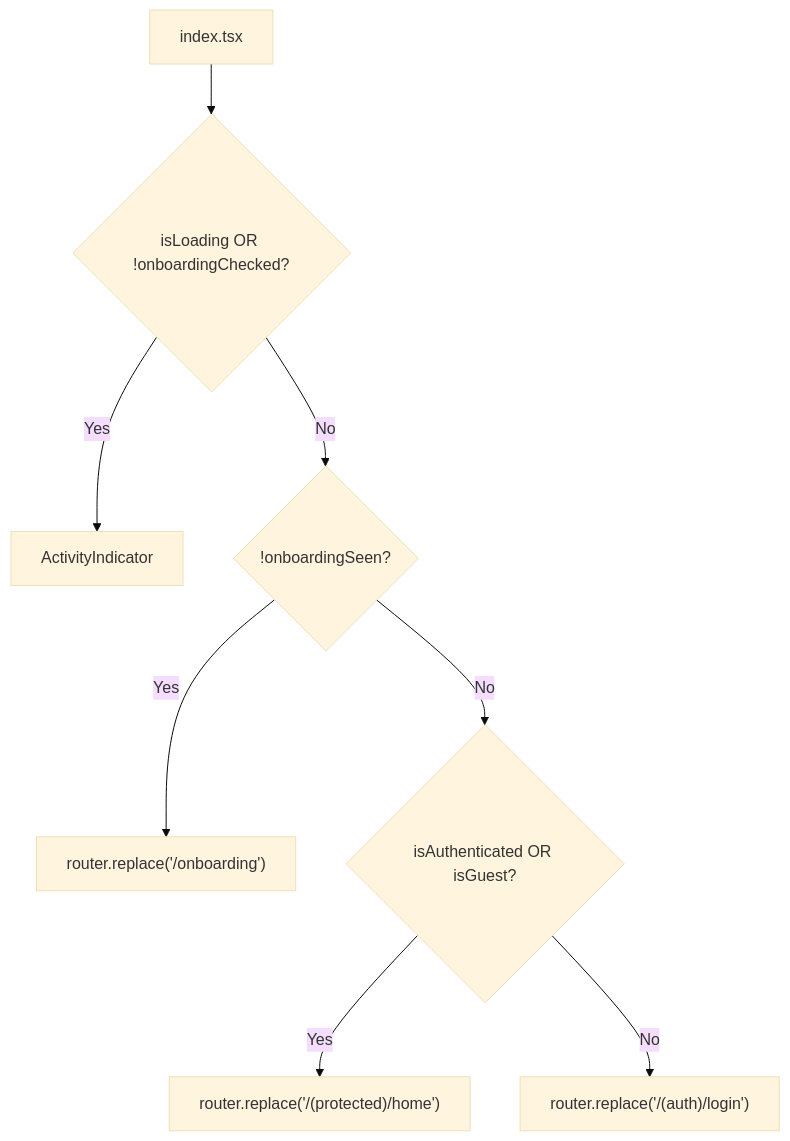
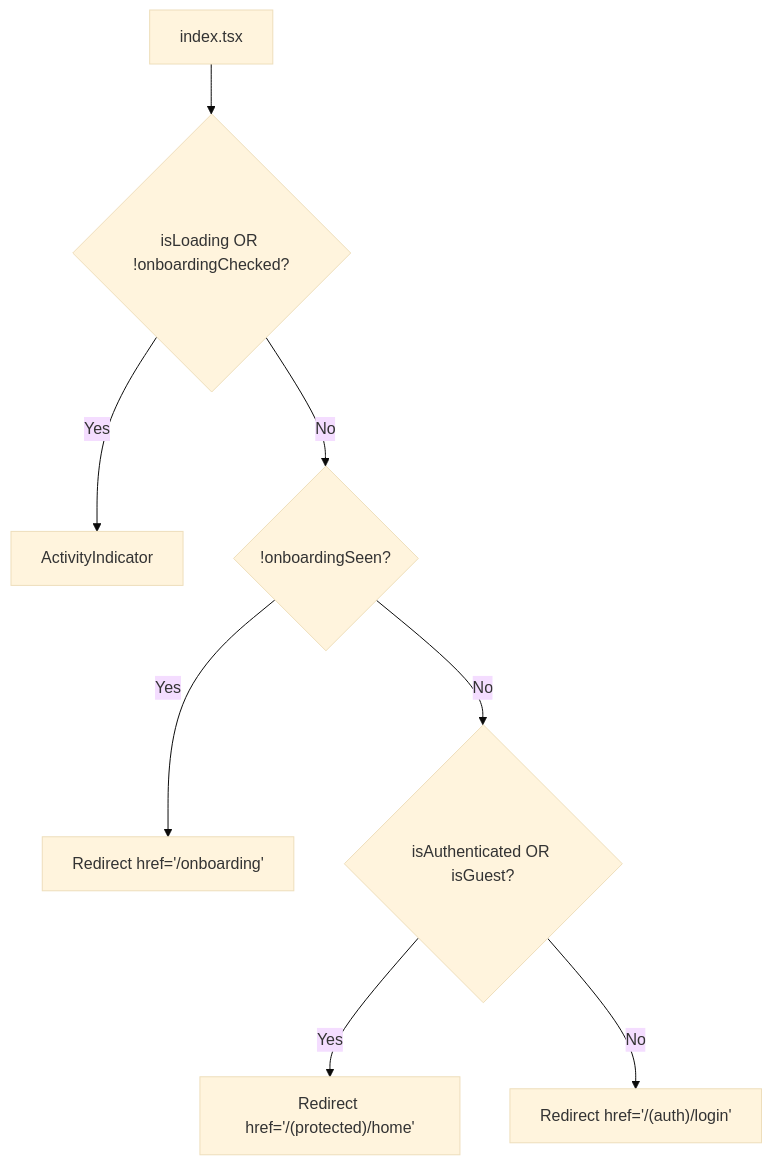
The second of 29 diagrams in FLOWS.md (ahmetk3436/Daiyly), drawn with Mermaid (base theme) before and after one commit. The commit also changed other lines of this file and 32 other files, not shown here.

````diff
--- a/FLOWS.md
+++ b/FLOWS.md
@@ -127,10 +134,10 @@
 ```mermaid
 graph TD
     A["index.tsx"] --> B{isLoading OR !onboardingChecked?}
     B -->|Yes| C[ActivityIndicator]
     B -->|No| D{!onboardingSeen?}
-    D -->|Yes| E["router.replace('/onboarding')"]
+    D -->|Yes| E["Redirect href='/onboarding'"]
     D -->|No| F{"isAuthenticated OR isGuest?"}
-    F -->|Yes| G["router.replace('/(protected)/home')"]
-    F -->|No| H["router.replace('/(auth)/login')"]
+    F -->|Yes| G["Redirect href='/(protected)/home'"]
+    F -->|No| H["Redirect href='/(auth)/login'"]
 ```
````
